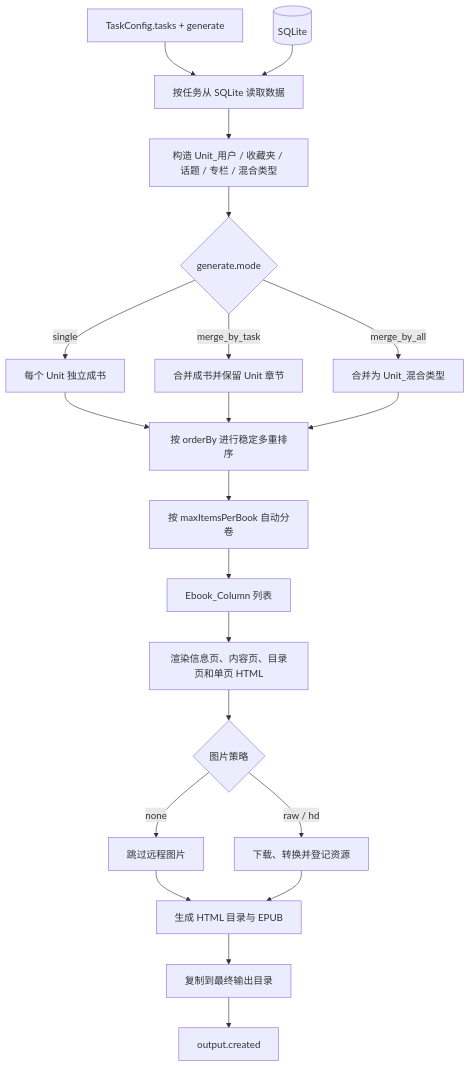
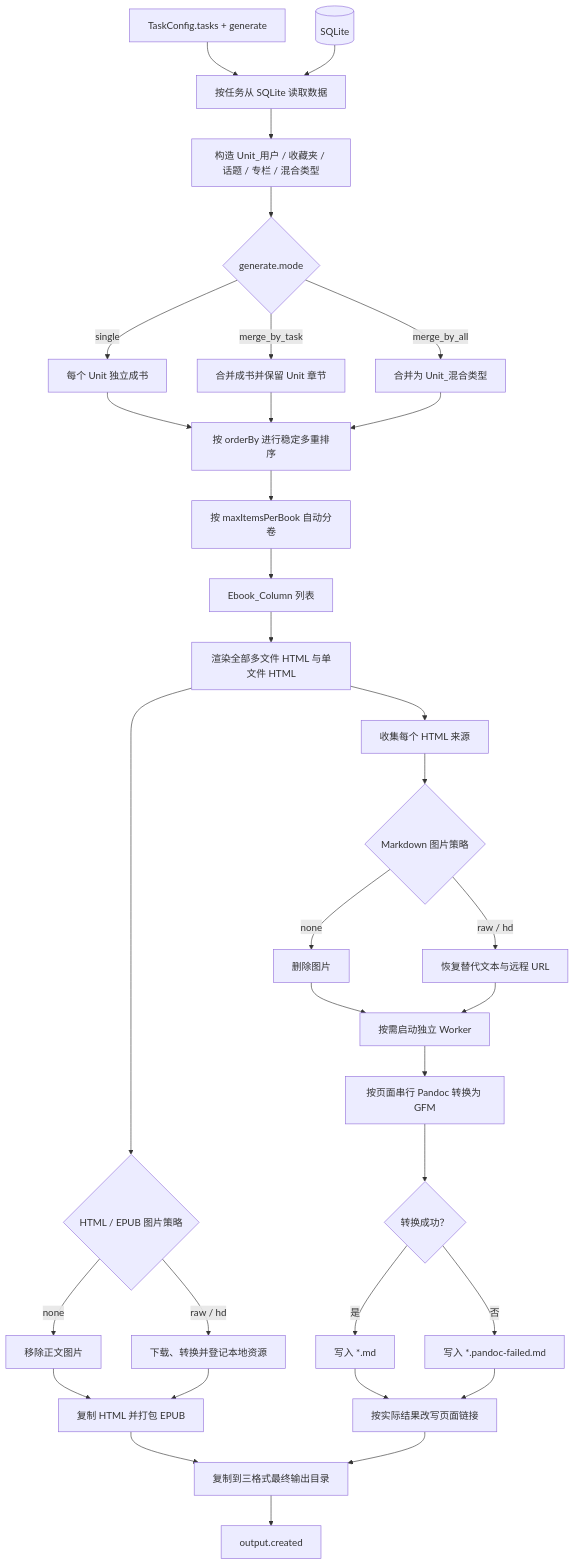
The third of 3 diagrams in doc/dev/workflows.md (YaoZeyuan/zhihuhelp), drawn with Mermaid before and after one commit. The commit also changed other lines of this file and 143 other files, not shown here.

````diff
--- a/doc/dev/workflows.md
+++ b/doc/dev/workflows.md
@@ -133,25 +133,41 @@
 ```mermaid
 flowchart TD
   Config["TaskConfig.tasks + generate"] --> Read["按任务从 SQLite 读取数据"]
   DB[("SQLite")] --> Read
   Read --> Unit["构造 Unit_用户 / 收藏夹 / 话题 / 专栏 / 混合类型"]
   Unit --> Mode{"generate.mode"}
 
   Mode -->|single| Separate["每个 Unit 独立成书"]
   Mode -->|merge_by_task| MergeTask["合并成书并保留 Unit 章节"]
   Mode -->|merge_by_all| MergeAll["合并为 Unit_混合类型"]
 
   Separate --> Sort["按 orderBy 进行稳定多重排序"]
   MergeTask --> Sort
   MergeAll --> Sort
   Sort --> Split["按 maxItemsPerBook 自动分卷"]
   Split --> Column["Ebook_Column 列表"]
-  Column --> Render["渲染信息页、内容页、目录页和单页 HTML"]
-  Render --> Images{"图片策略"}
-  Images -->|none| Assets["跳过远程图片"]
-  Images -->|raw / hd| Assets2["下载、转换并登记资源"]
-  Assets --> Package["生成 HTML 目录与 EPUB"]
-  Assets2 --> Package
-  Package --> Output["复制到最终输出目录"]
+  Column --> Render["渲染全部多文件 HTML 与单文件 HTML"]
+
+  Render --> Images{"HTML / EPUB 图片策略"}
+  Images -->|none| NoAssets["移除正文图片"]
+  Images -->|raw / hd| Assets["下载、转换并登记本地资源"]
+  NoAssets --> Package["复制 HTML 并打包 EPUB"]
+  Assets --> Package
+
+  Render --> MarkdownSources["收集每个 HTML 来源"]
+  MarkdownSources --> MarkdownImages{"Markdown 图片策略"}
+  MarkdownImages -->|none| StripImages["删除图片"]
+  MarkdownImages -->|raw / hd| RemoteImages["恢复替代文本与远程 URL"]
+  StripImages --> Worker["按需启动独立 Worker"]
+  RemoteImages --> Worker
+  Worker --> Convert["按页面串行 Pandoc 转换为 GFM"]
+  Convert --> Converted{"转换成功？"}
+  Converted -->|是| MarkdownFile["写入 *.md"]
+  Converted -->|否| Fallback["写入 *.pandoc-failed.md"]
+  MarkdownFile --> Rewrite["按实际结果改写页面链接"]
+  Fallback --> Rewrite
+
+  Package --> Output["复制到三格式最终输出目录"]
+  Rewrite --> Output
   Output --> Event["output.created"]
 ```
````
